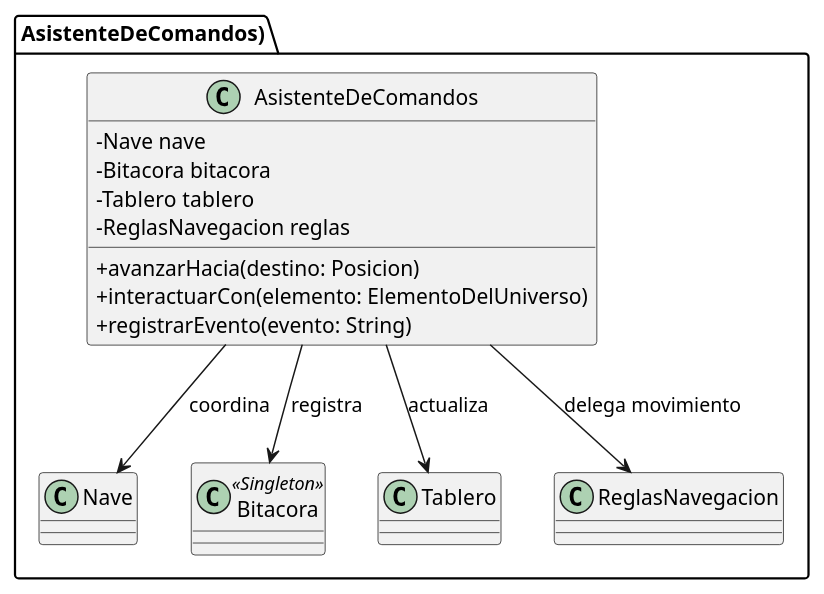
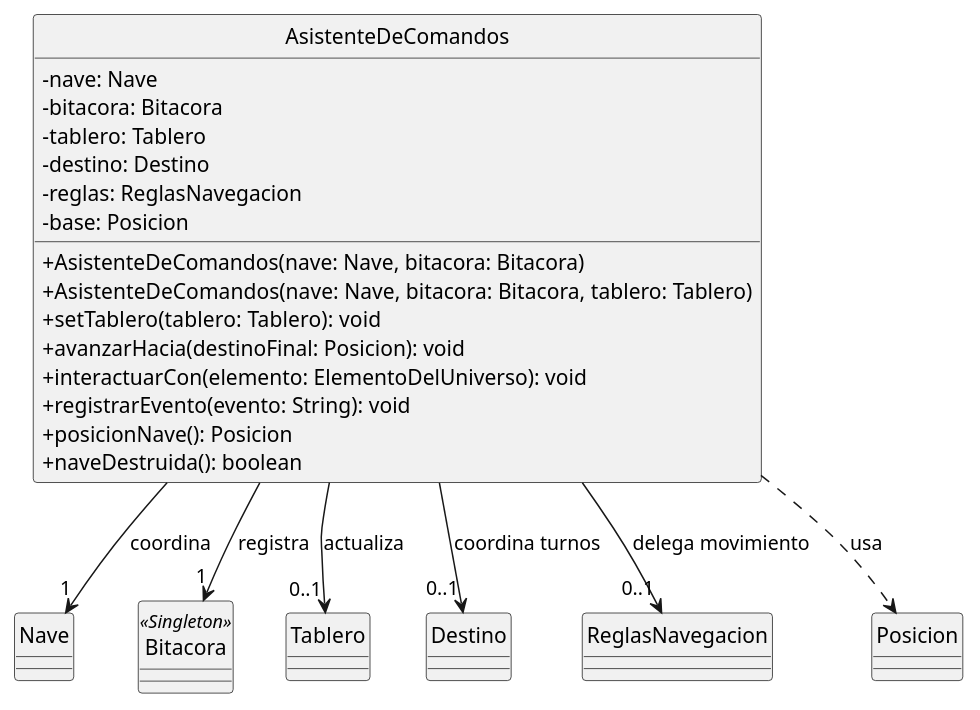
One commit to urielaristegui/TP-prograC-grupo-12 changed the diagram in uml_asistente.puml. Above: the diagram before and after it, drawn with PlantUML. The commit also changed 8 other files, not shown here.

```diff
--- a/uml_asistente.puml
+++ b/uml_asistente.puml
@@ -1,25 +1,42 @@
 @startuml
 skinparam classAttributeIconSize 0
+skinparam monochrome false
+skinparam style strictuml
+skinparam packageStyle rect
 
-package "AsistenteDeComandos)" {
+
     class AsistenteDeComandos {
-        - Nave nave
-        - Bitacora bitacora
-        - Tablero tablero
-        - ReglasNavegacion reglas
-        + avanzarHacia(destino: Posicion)
-        + interactuarCon(elemento: ElementoDelUniverso)
-        + registrarEvento(evento: String)
+        - nave: Nave
+        - bitacora: Bitacora
+        - tablero: Tablero
+        - destino: Destino
+        - reglas: ReglasNavegacion
+        - base: Posicion
+        + AsistenteDeComandos(nave: Nave, bitacora: Bitacora)
+        + AsistenteDeComandos(nave: Nave, bitacora: Bitacora, tablero: Tablero)
+        + setTablero(tablero: Tablero): void
+        + avanzarHacia(destinoFinal: Posicion): void
+        + interactuarCon(elemento: ElementoDelUniverso): void
+        + registrarEvento(evento: String): void
+        + posicionNave(): Posicion
+        + naveDestruida(): boolean
     }
 
     class Nave
     class Bitacora <<Singleton>>
     class Tablero
+    class Destino
     class ReglasNavegacion
-}
+    class Posicion
 
-AsistenteDeComandos --> Nave : coordina
-AsistenteDeComandos --> Bitacora : registra
-AsistenteDeComandos --> Tablero : actualiza
-AsistenteDeComandos --> ReglasNavegacion : delega movimiento
+
+' Relaciones de Coordinación y Delegación
+AsistenteDeComandos --> "1" Nave : coordina
+AsistenteDeComandos --> "1" Bitacora : registra
+AsistenteDeComandos --> "0..1" Tablero : actualiza
+AsistenteDeComandos --> "0..1" Destino : coordina turnos
+AsistenteDeComandos --> "0..1" ReglasNavegacion : delega movimiento
+AsistenteDeComandos ..> Posicion : usa
+
+
 @enduml
```
